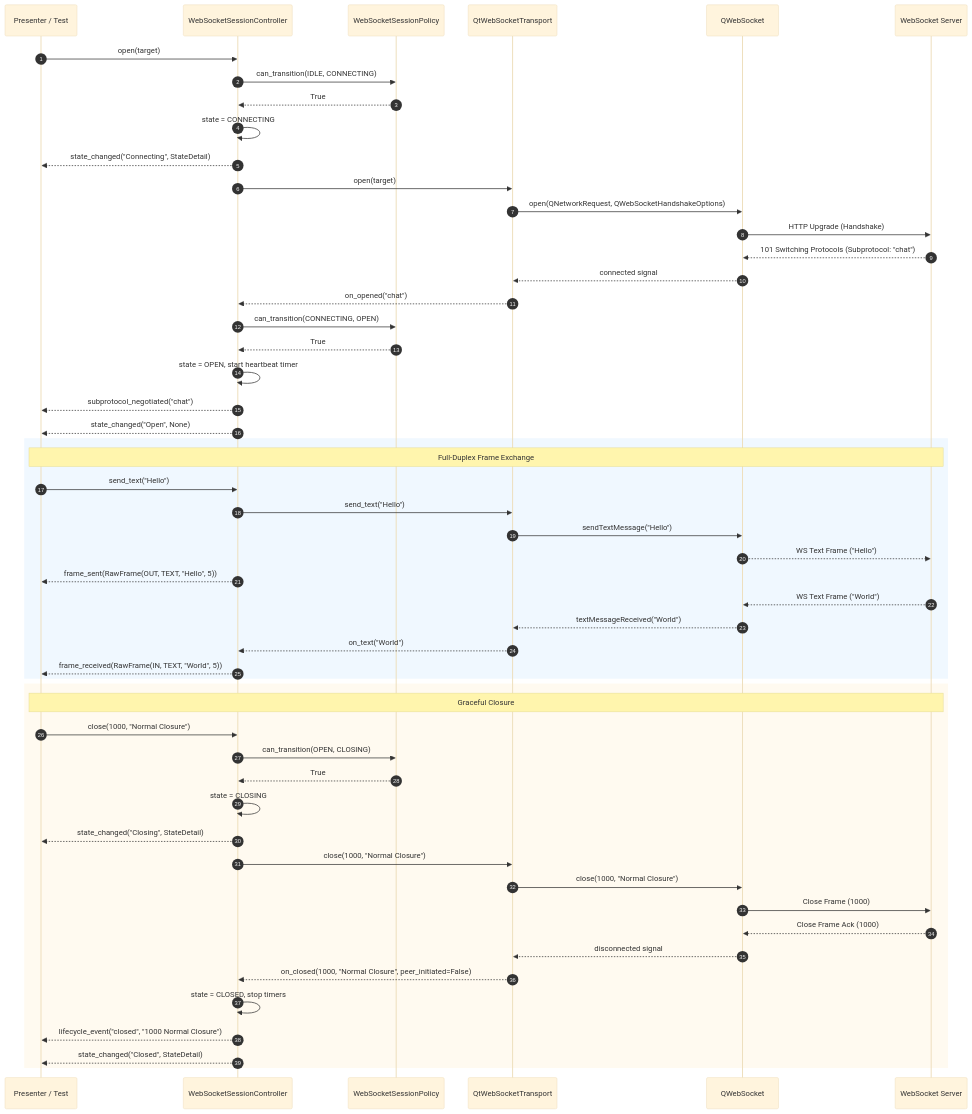
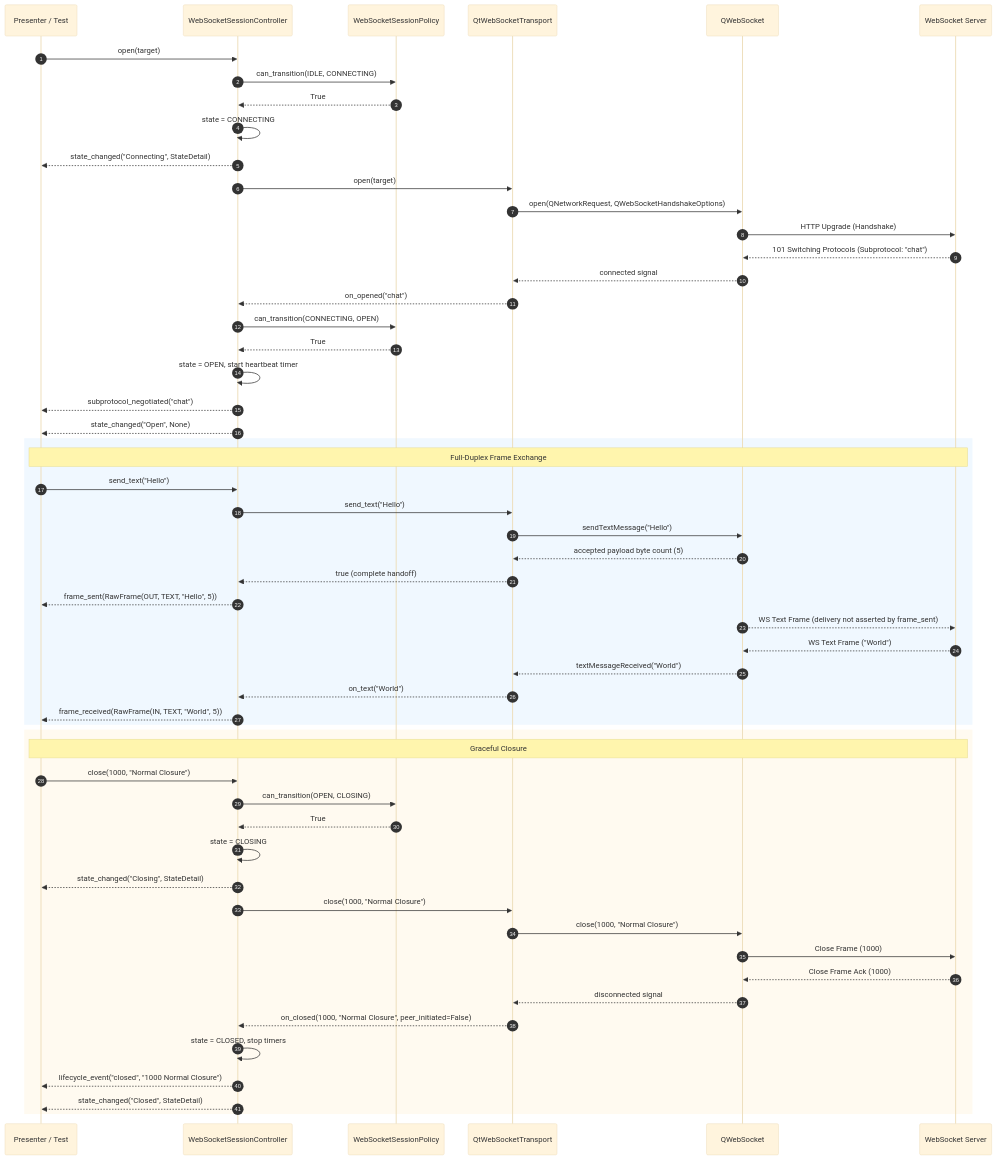
One commit to koctep/pypost changed the second of 4 diagrams in doc/dev/websocket_session_engine.md. Above: the diagram before and after it, drawn with Mermaid (base theme). The commit also changed other lines of this file and 15 other files, not shown here.

First line of the commit message:
fix(websocket): PYPOST-1288 count accepted outbound sends

````diff
--- a/doc/dev/websocket_session_engine.md
+++ b/doc/dev/websocket_session_engine.md
@@ -75,59 +75,61 @@
 ```mermaid
 sequenceDiagram
     autonumber
     participant App as Presenter / Test
     participant Ctrl as WebSocketSessionController
     participant Policy as WebSocketSessionPolicy
     participant Trans as QtWebSocketTransport
     participant QWS as QWebSocket
     participant Srv as WebSocket Server
 
     App->>Ctrl: open(target)
     Ctrl->>Policy: can_transition(IDLE, CONNECTING)
     Policy-->>Ctrl: True
     Ctrl->>Ctrl: state = CONNECTING
     Ctrl-->>App: state_changed("Connecting", StateDetail)
     Ctrl->>Trans: open(target)
     Trans->>QWS: open(QNetworkRequest, QWebSocketHandshakeOptions)
     QWS->>Srv: HTTP Upgrade (Handshake)
     Srv-->>QWS: 101 Switching Protocols (Subprotocol: "chat")
     QWS-->>Trans: connected signal
     Trans-->>Ctrl: on_opened("chat")
     Ctrl->>Policy: can_transition(CONNECTING, OPEN)
     Policy-->>Ctrl: True
     Ctrl->>Ctrl: state = OPEN, start heartbeat timer
     Ctrl-->>App: subprotocol_negotiated("chat")
     Ctrl-->>App: state_changed("Open", None)
 
     rect rgb(240, 248, 255)
         note over App,Srv: Full-Duplex Frame Exchange
         App->>Ctrl: send_text("Hello")
         Ctrl->>Trans: send_text("Hello")
         Trans->>QWS: sendTextMessage("Hello")
-        QWS-->>Srv: WS Text Frame ("Hello")
+        QWS-->>Trans: accepted payload byte count (5)
+        Trans-->>Ctrl: true (complete handoff)
         Ctrl-->>App: frame_sent(RawFrame(OUT, TEXT, "Hello", 5))
+        QWS-->>Srv: WS Text Frame (delivery not asserted by frame_sent)
 
         Srv-->>QWS: WS Text Frame ("World")
         QWS-->>Trans: textMessageReceived("World")
         Trans-->>Ctrl: on_text("World")
         Ctrl-->>App: frame_received(RawFrame(IN, TEXT, "World", 5))
     end
 
     rect rgb(255, 250, 240)
         note over App,Srv: Graceful Closure
         App->>Ctrl: close(1000, "Normal Closure")
         Ctrl->>Policy: can_transition(OPEN, CLOSING)
         Policy-->>Ctrl: True
         Ctrl->>Ctrl: state = CLOSING
         Ctrl-->>App: state_changed("Closing", StateDetail)
         Ctrl->>Trans: close(1000, "Normal Closure")
         Trans->>QWS: close(1000, "Normal Closure")
         QWS->>Srv: Close Frame (1000)
         Srv-->>QWS: Close Frame Ack (1000)
         QWS-->>Trans: disconnected signal
         Trans-->>Ctrl: on_closed(1000, "Normal Closure", peer_initiated=False)
         Ctrl->>Ctrl: state = CLOSED, stop timers
         Ctrl-->>App: lifecycle_event("closed", "1000 Normal Closure")
         Ctrl-->>App: state_changed("Closed", StateDetail)
     end
 ```
````
